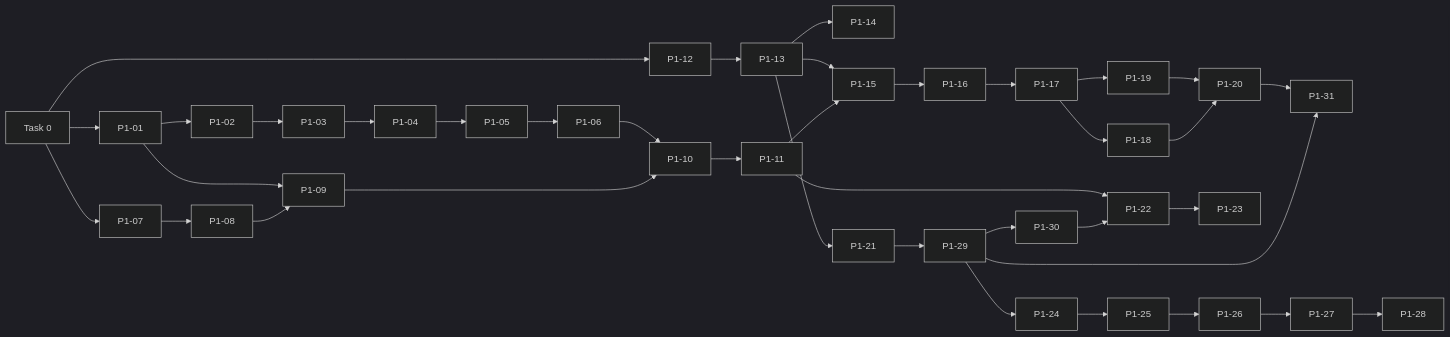
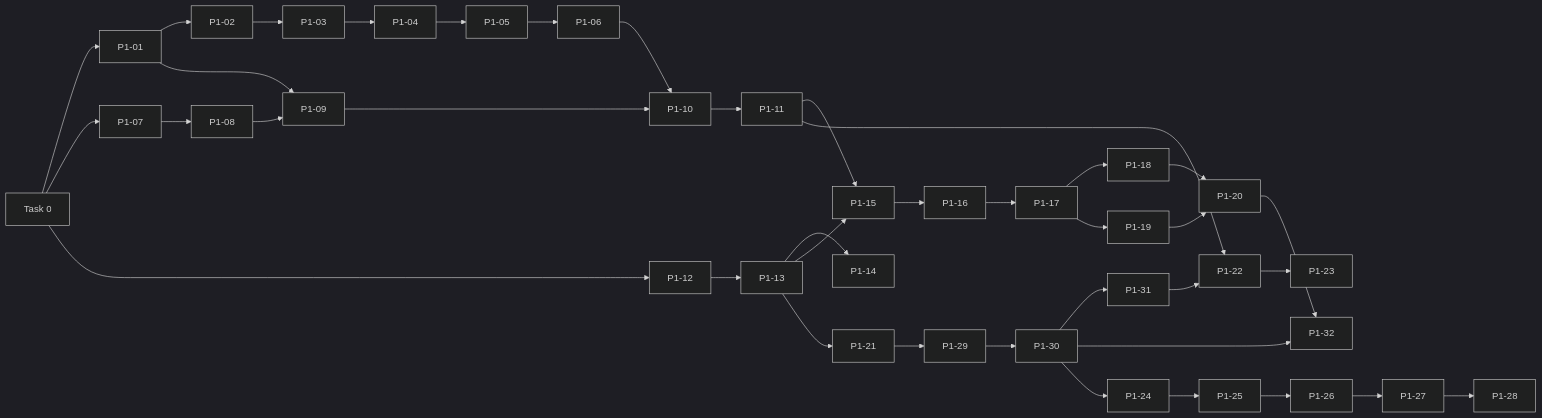
The diagram in docs/backlog.md (Sodabeh-Taherpanah/vorchain_project), drawn with Mermaid (dark theme) before and after one commit. The commit also changed other lines of this file and 5 other files, not shown here.

````diff
--- a/docs/backlog.md
+++ b/docs/backlog.md
@@ -58,16 +59,16 @@
 ```mermaid
 flowchart LR
   T0[Task 0] --> E1[P1-01] --> E2[P1-02] --> E3[P1-03] --> E4[P1-04] --> E5[P1-05] --> E6[P1-06]
   T0 --> R7[P1-07] --> R8[P1-08] --> R9[P1-09] --> R10[P1-10] --> S11[P1-11]
   E1 --> R9
   E6 --> R10
   T0 --> W12[P1-12] --> W13[P1-13] --> D14[P1-14]
   S11 --> W15[P1-15]
   W13 --> W15 --> W16[P1-16] --> W17[P1-17] --> W18[P1-18] --> W20[P1-20]
   W17 --> W19[P1-19] --> W20
-  W13 --> L21[P1-21] --> G29[P1-29] --> G30[P1-30] --> L22[P1-22] --> SEO23[P1-23]
+  W13 --> L21[P1-21] --> G29[P1-29] --> G30[P1-30] --> G31[P1-31] --> L22[P1-22] --> SEO23[P1-23]
   S11 --> L22
-  G29 --> G31[P1-31]
-  W20 --> G31
-  G29 --> LG24[P1-24] --> C25[P1-25] --> A26[P1-26] --> H27[P1-27] --> P28[P1-28]
+  G30 --> G32[P1-32]
+  W20 --> G32
+  G30 --> LG24[P1-24] --> C25[P1-25] --> A26[P1-26] --> H27[P1-27] --> P28[P1-28]
 ```
````
